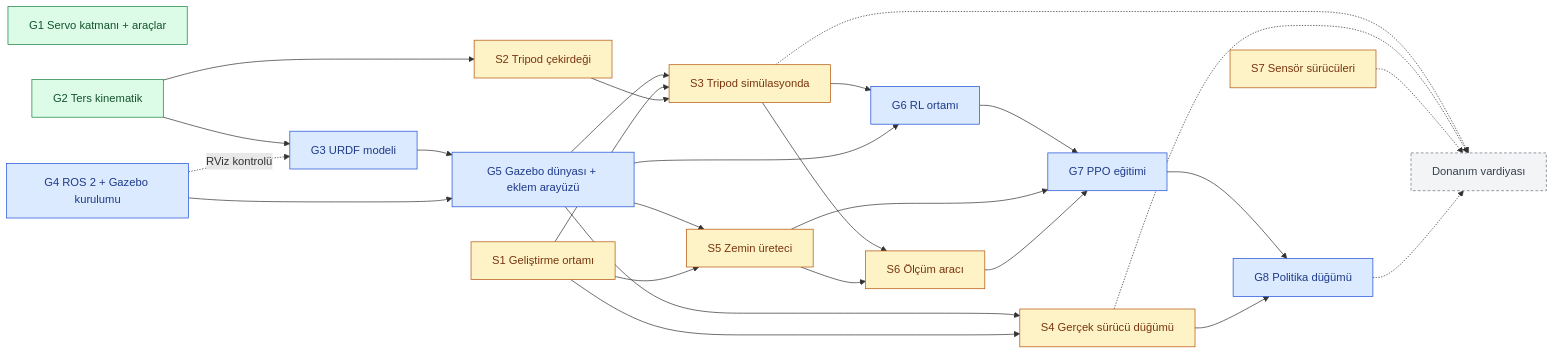
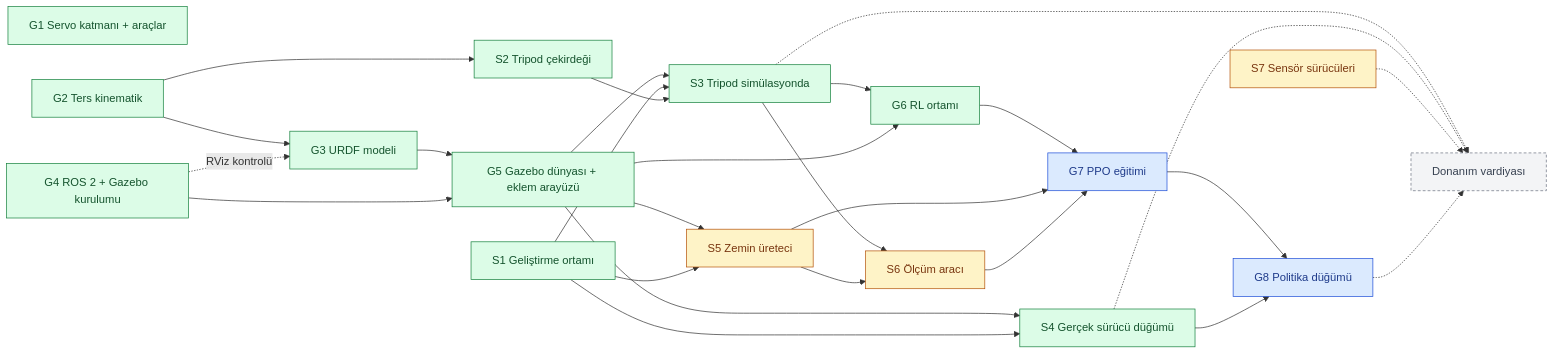
The first of 2 diagrams in GOREVLER.md (g0rkm/hexapod), drawn with Mermaid before and after one commit. The commit also changed other lines of this file and 6 other files, not shown here.

````diff
--- a/GOREVLER.md
+++ b/GOREVLER.md
@@ -29,55 +29,55 @@
 ```mermaid
 flowchart LR
     classDef gorkem fill:#dbeafe,stroke:#1d4ed8,color:#1e3a8a
     classDef samet fill:#fef3c7,stroke:#b45309,color:#78350f
     classDef done fill:#dcfce7,stroke:#15803d,color:#14532d
     classDef paused fill:#f3f4f6,stroke:#6b7280,color:#374151,stroke-dasharray:4 3
 
     G1[G1 Servo katmanı + araçlar]:::done
     G2[G2 Ters kinematik]:::done
-    G3[G3 URDF modeli]:::gorkem
-    G4[G4 ROS 2 + Gazebo kurulumu]:::gorkem
-    G5[G5 Gazebo dünyası + eklem arayüzü]:::gorkem
-    G6[G6 RL ortamı]:::gorkem
+    G3[G3 URDF modeli]:::done
+    G4[G4 ROS 2 + Gazebo kurulumu]:::done
+    G5[G5 Gazebo dünyası + eklem arayüzü]:::done
+    G6[G6 RL ortamı]:::done
     G7[G7 PPO eğitimi]:::gorkem
     G8[G8 Politika düğümü]:::gorkem
 
-    S1[S1 Geliştirme ortamı]:::samet
-    S2[S2 Tripod çekirdeği]:::samet
-    S3[S3 Tripod simülasyonda]:::samet
-    S4[S4 Gerçek sürücü düğümü]:::samet
+    S1[S1 Geliştirme ortamı]:::done
+    S2[S2 Tripod çekirdeği]:::done
+    S3[S3 Tripod simülasyonda]:::done
+    S4[S4 Gerçek sürücü düğümü]:::done
     S5[S5 Zemin üreteci]:::samet
     S6[S6 Ölçüm aracı]:::samet
     S7[S7 Sensör sürücüleri]:::samet
 
     D[Donanım vardiyası]:::paused
 
     G2 --> G3
     G4 -.->|RViz kontrolü| G3
     G3 --> G5
     G4 --> G5
     G2 --> S2
 
     G5 --> S3
     G5 --> S4
     G5 --> S5
     S1 --> S3
     S1 --> S4
     S1 --> S5
     S2 --> S3
 
     S3 --> G6
     G5 --> G6
     G6 --> G7
     S5 --> G7
     S6 --> G7
     S3 --> S6
     S5 --> S6
     G7 --> G8
     S4 --> G8
 
     S3 -.-> D
     S4 -.-> D
     S7 -.-> D
     G8 -.-> D
 ```
````
